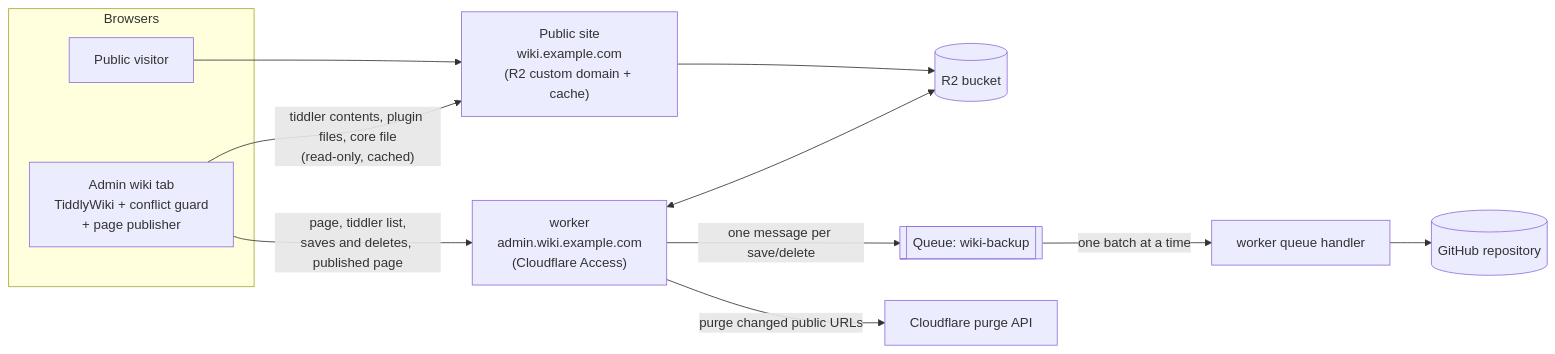
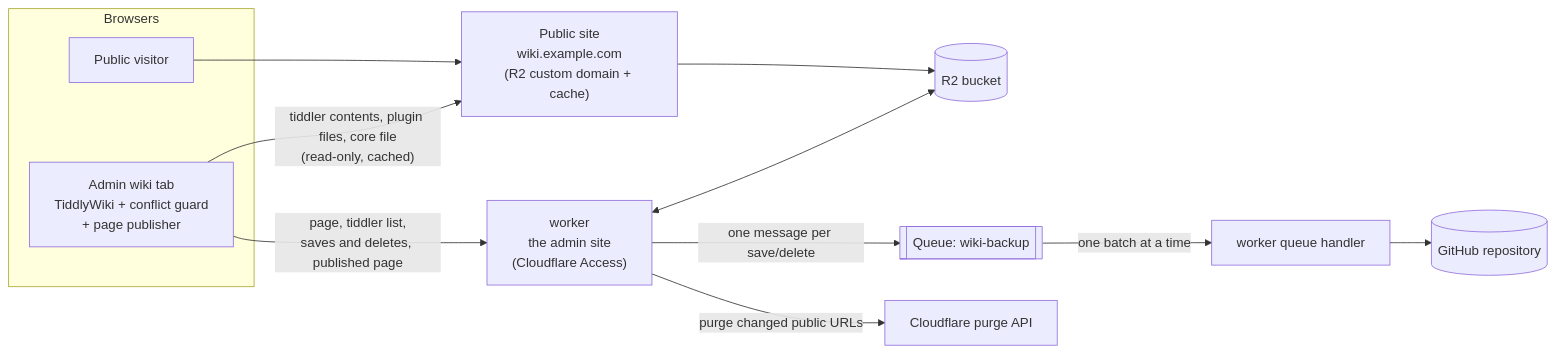
The diagram in README.md (DesignThinkerer/tiddlywiki-cloudflare), drawn with Mermaid before and after one commit. The commit also changed other lines of this file and 2 other files, not shown here.

````diff
--- a/README.md
+++ b/README.md
@@ -38,16 +38,16 @@
 ```mermaid
 flowchart LR
   subgraph Browsers
     T["Admin wiki tab<br/>TiddlyWiki + conflict guard<br/>+ page publisher"]
     V["Public visitor"]
   end
-  T -- "page, tiddler list,<br/>saves and deletes, published page" --> W["worker<br/>admin.wiki.example.com<br/>(Cloudflare Access)"]
+  T -- "page, tiddler list,<br/>saves and deletes, published page" --> W["worker<br/>the admin site<br/>(Cloudflare Access)"]
   T -- "tiddler contents, plugin files, core file<br/>(read-only, cached)" --> P["Public site<br/>wiki.example.com<br/>(R2 custom domain + cache)"]
   V --> P
   W <--> R2[("R2 bucket")]
   P --> R2
   W -- "one message per save/delete" --> Q[["Queue: wiki-backup"]]
   Q -- "one batch at a time" --> C["worker queue handler"]
   C --> GH[("GitHub repository")]
   W -- "purge changed public URLs" --> API["Cloudflare purge API"]
 ```
````
